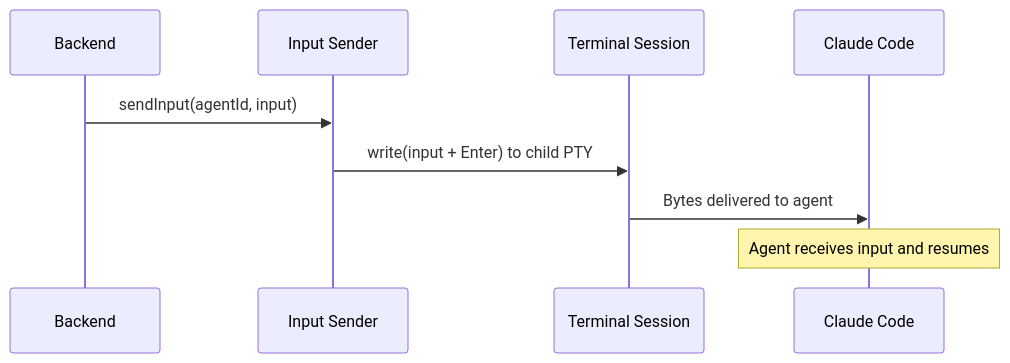
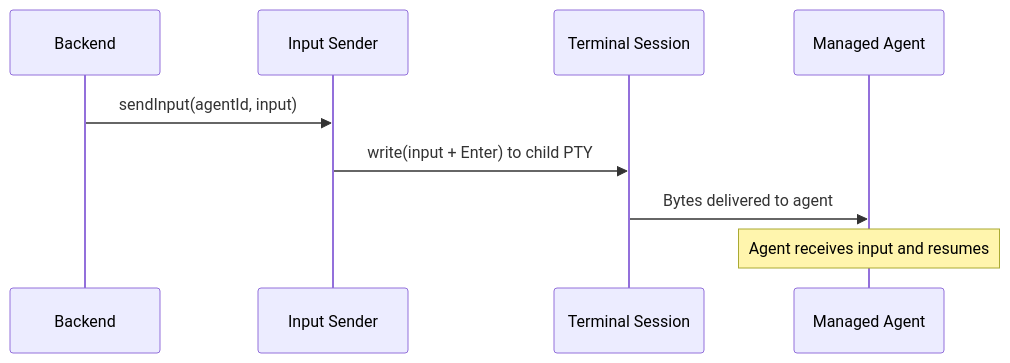
The second of 3 diagrams in docs/system-models/subsystems/agent-adapter/02-key-sequences.md (kookr-ai/kookr), drawn with Mermaid before and after one commit. The commit also changed other lines of this file, not shown here.

First line of the commit message:
docs(agent-adapter): clarify Grok auth launch flow

````diff
--- a/docs/system-models/subsystems/agent-adapter/02-key-sequences.md
+++ b/docs/system-models/subsystems/agent-adapter/02-key-sequences.md
@@ -43,12 +61,12 @@
 ```mermaid
 sequenceDiagram
   participant BE as Backend
   participant InputSender as Input Sender
   participant Term as Terminal Session
-  participant CC as Claude Code
+  participant Agent as Managed Agent
 
   BE->>InputSender: sendInput(agentId, input)
   InputSender->>Term: write(input + Enter) to child PTY
-  Term->>CC: Bytes delivered to agent
-  Note over CC: Agent receives input and resumes
+  Term->>Agent: Bytes delivered to agent
+  Note over Agent: Agent receives input and resumes
 ```
````
